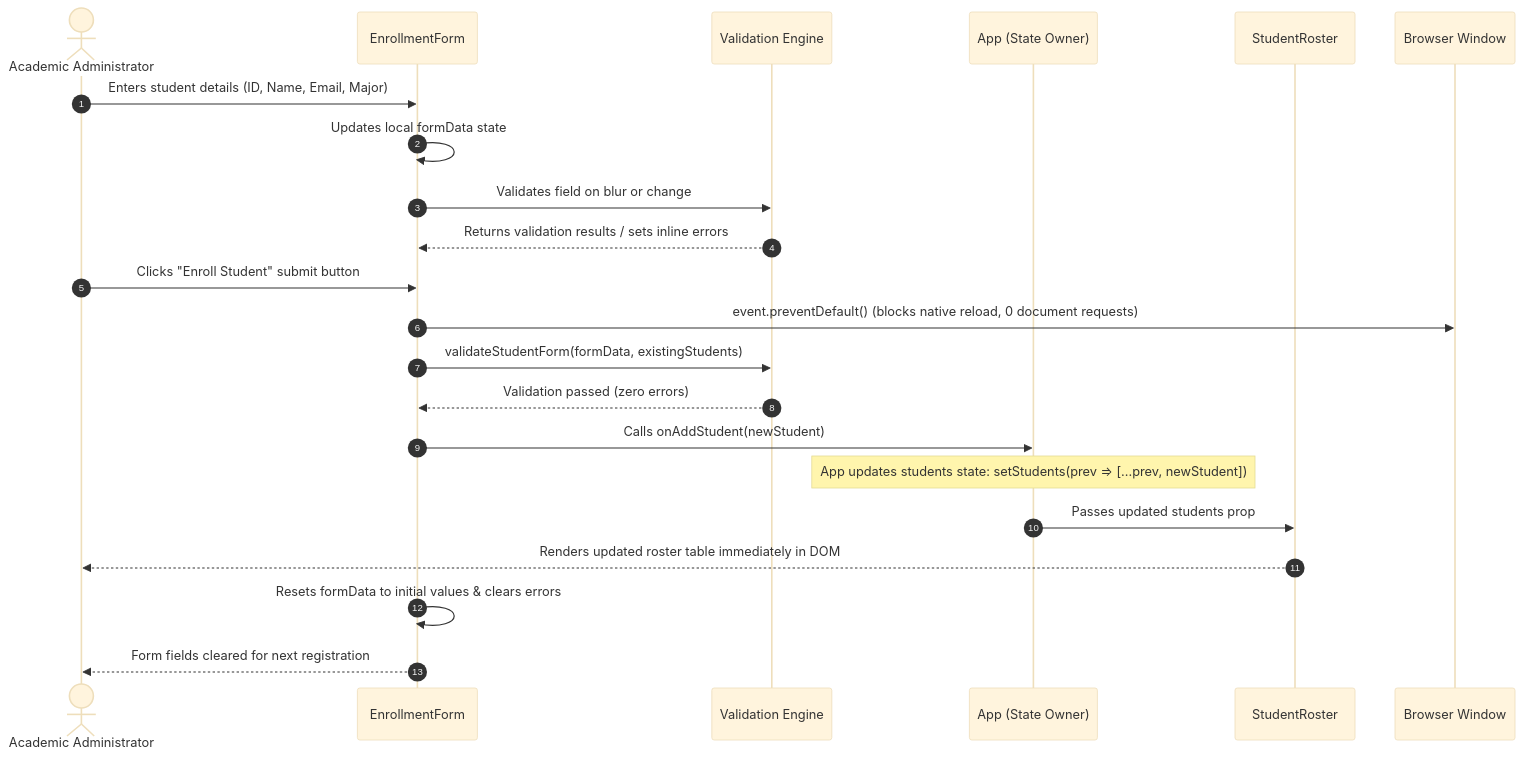
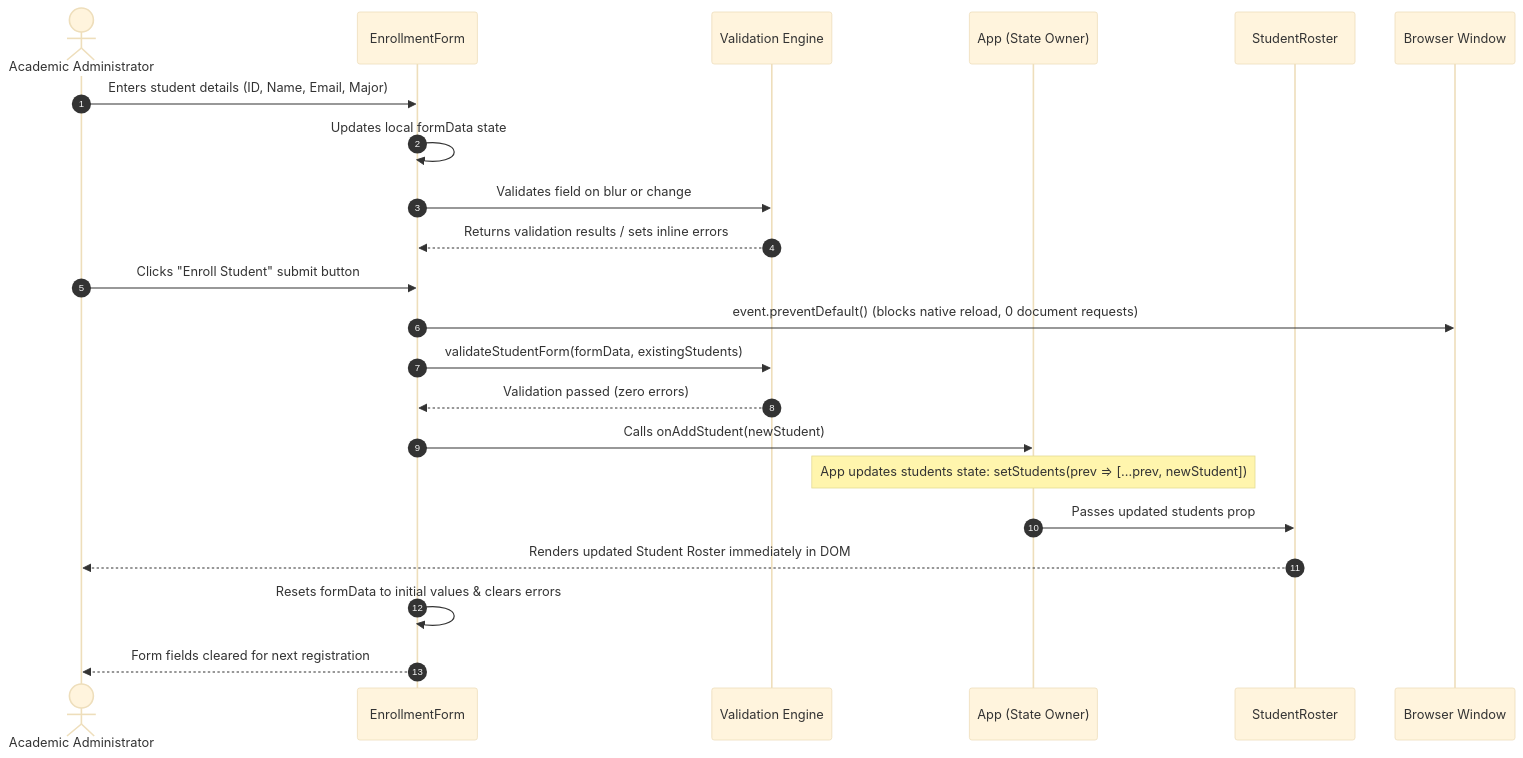
One commit to AndyKhang404/team13-student-csr changed the second of 2 diagrams in README.md. Above: the diagram before and after it, drawn with Mermaid (base theme). The commit also changed other lines of this file and 9 other files, not shown here.

````diff
--- a/README.md
+++ b/README.md
@@ -94,28 +92,28 @@
 ```mermaid
 sequenceDiagram
     autonumber
     actor User as Academic Administrator
     participant Form as EnrollmentForm
     participant Validation as Validation Engine
     participant App as App (State Owner)
     participant Roster as StudentRoster
     participant Browser as Browser Window
 
     User->>Form: Enters student details (ID, Name, Email, Major)
     Form->>Form: Updates local formData state
     Form->>Validation: Validates field on blur or change
     Validation-->>Form: Returns validation results / sets inline errors
 
     User->>Form: Clicks "Enroll Student" submit button
     Form->>Browser: event.preventDefault() (blocks native reload, 0 document requests)
     Form->>Validation: validateStudentForm(formData, existingStudents)
     Validation-->>Form: Validation passed (zero errors)
 
     Form->>App: Calls onAddStudent(newStudent)
     Note over App: App updates students state: setStudents(prev => [...prev, newStudent])
     App->>Roster: Passes updated students prop
-    Roster-->>User: Renders updated roster table immediately in DOM
+    Roster-->>User: Renders updated Student Roster immediately in DOM
 
     Form->>Form: Resets formData to initial values & clears errors
     Form-->>User: Form fields cleared for next registration
 ```
````
